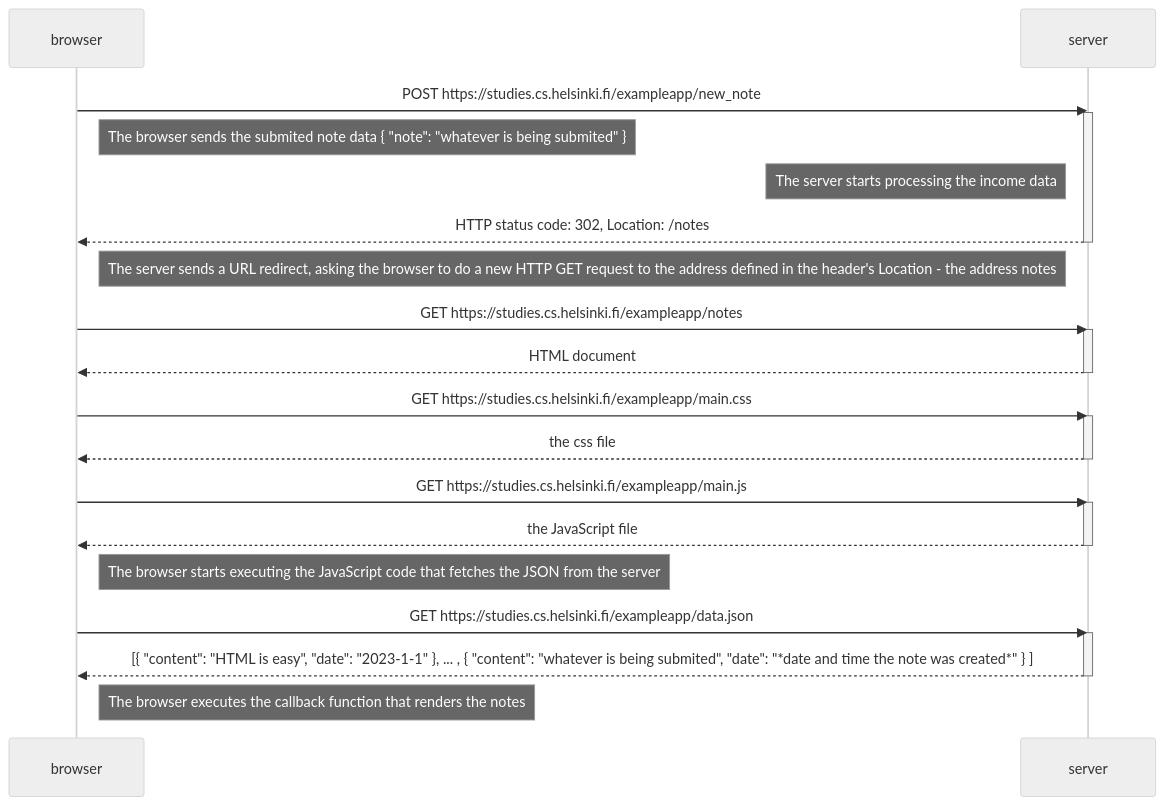
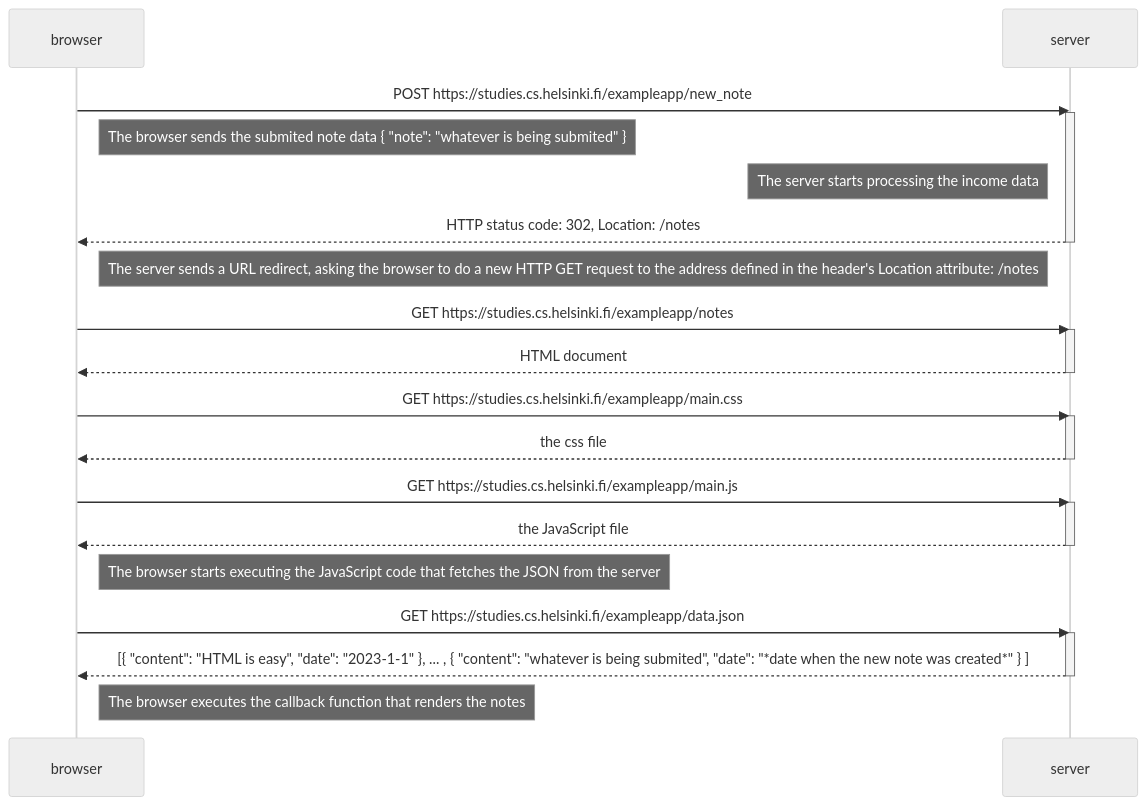
Before and after one commit to Chico-Carneiro/fullstackopen-exercises: the diagram in part0/0.4.New note diagram.md, drawn with Mermaid (neutral theme).

Commit message:
made small corrections in exercise 0.4

````diff
--- a/part0/0.4.New note diagram.md
+++ b/part0/0.4.New note diagram.md
@@ -3,38 +3,38 @@
 ```mermaid
     sequenceDiagram
         participant browser
         participant server
         
         browser->>server: POST https://studies.cs.helsinki.fi/exampleapp/new_note
         activate server
 	Note right of browser: The browser sends the submited note data { "note": "whatever is being submited" }
 	Note left of server: The server starts processing the income data
         server-->>browser: HTTP status code: 302, Location: /notes
         deactivate server
         
-	Note left of server: The server sends a URL redirect, asking the browser to do a new HTTP GET request to the address defined in the header's Location - the address notes
+	Note left of server: The server sends a URL redirect, asking the browser to do a new HTTP GET request to the address defined in the header's Location attribute: /notes
 	
 	browser->>server: GET https://studies.cs.helsinki.fi/exampleapp/notes
         activate server
 	server-->>browser: HTML document
     	deactivate server
 
         browser->>server: GET https://studies.cs.helsinki.fi/exampleapp/main.css
         activate server
         server-->>browser: the css file
         deactivate server
         
         browser->>server: GET https://studies.cs.helsinki.fi/exampleapp/main.js
         activate server
         server-->>browser: the JavaScript file
         deactivate server
         
         Note right of browser: The browser starts executing the JavaScript code that fetches the JSON from the server
         
         browser->>server: GET https://studies.cs.helsinki.fi/exampleapp/data.json
         activate server
-        server-->>browser: [{ "content": "HTML is easy", "date": "2023-1-1" }, ... , { "content": "whatever is being submited", "date": "*date and time the note was created*" } ]
+        server-->>browser: [{ "content": "HTML is easy", "date": "2023-1-1" }, ... , { "content": "whatever is being submited", "date": "*date when the new note was created*" } ]
         deactivate server    
 
         Note right of browser: The browser executes the callback function that renders the notes
 ```
````
